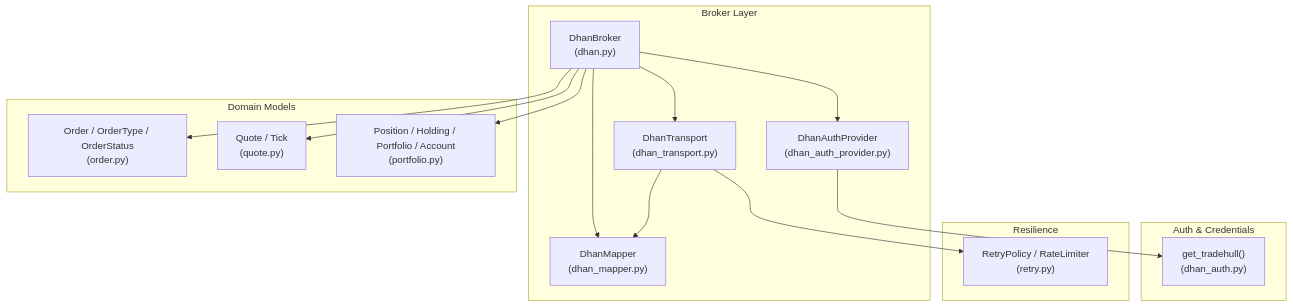
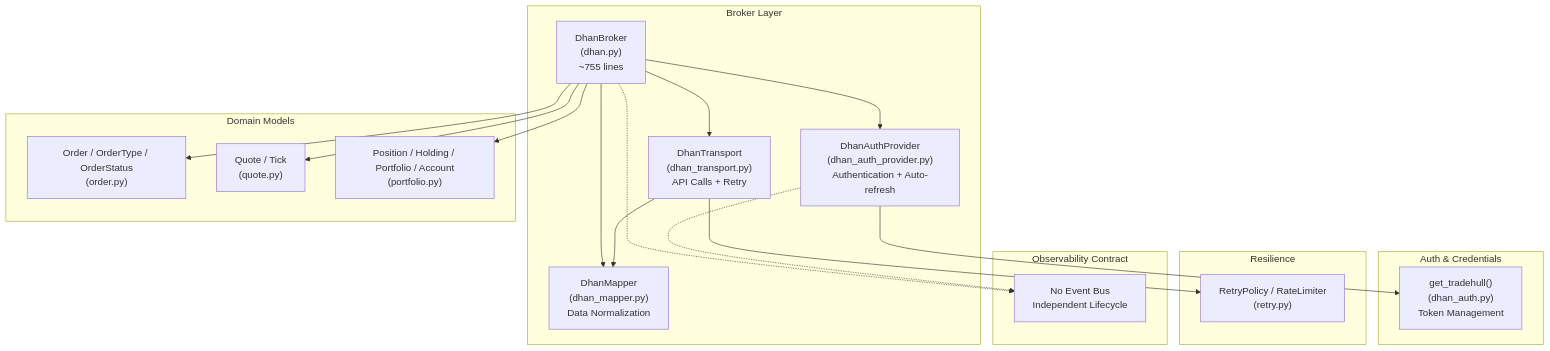
One commit to Ganesh-Kusundal/nTrade changed the first of 10 diagrams in .qoder/repowiki/en/content/Broker Integration/Dhan Broker Implementation.md. Above: the diagram before and after it, drawn with Mermaid. The commit also changed other lines of this file and 331 other files, not shown here.

````diff
--- a/.qoder/repowiki/en/content/Broker Integration/Dhan Broker Implementation.md
+++ b/.qoder/repowiki/en/content/Broker Integration/Dhan Broker Implementation.md
@@ -43,29 +55,34 @@
 ```mermaid
 graph TB
 subgraph "Broker Layer"
-A["DhanBroker<br/>(dhan.py)"]
-B["DhanAuthProvider<br/>(dhan_auth_provider.py)"]
-C["DhanTransport<br/>(dhan_transport.py)"]
-D["DhanMapper<br/>(dhan_mapper.py)"]
+A["DhanBroker<br/>(dhan.py)<br/>~755 lines"]
+B["DhanAuthProvider<br/>(dhan_auth_provider.py)<br/>Authentication + Auto-refresh"]
+C["DhanTransport<br/>(dhan_transport.py)<br/>API Calls + Retry"]
+D["DhanMapper<br/>(dhan_mapper.py)<br/>Data Normalization"]
 end
 subgraph "Auth & Credentials"
-E["get_tradehull()<br/>(dhan_auth.py)"]
+E["get_tradehull()<br/>(dhan_auth.py)<br/>Token Management"]
 end
 subgraph "Domain Models"
 F["Order / OrderType / OrderStatus<br/>(order.py)"]
 G["Quote / Tick<br/>(quote.py)"]
 H["Position / Holding / Portfolio / Account<br/>(portfolio.py)"]
 end
 subgraph "Resilience"
 I["RetryPolicy / RateLimiter<br/>(retry.py)"]
+end
+subgraph "Observability Contract"
+J["No Event Bus<br/>Independent Lifecycle"]
 end
 A --> B
 A --> C
 A --> D
 B --> E
 C --> D
 C --> I
 A --> F
 A --> G
 A --> H
+A -.-> J
+B -.-> J
 ```
````
